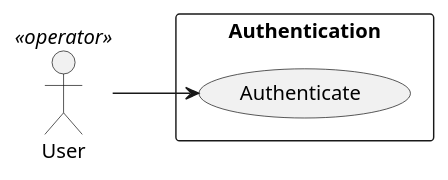
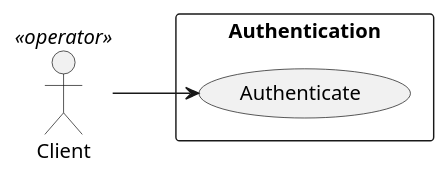
One commit to Xwyk/BileMo changed the diagram in diagrams/UseCases/UseCase_Authentication.puml. Above: the diagram before and after it, drawn with PlantUML. The commit also changed 13 other files, not shown here.

```diff
--- a/diagrams/UseCases/UseCase_Authentication.puml
+++ b/diagrams/UseCases/UseCase_Authentication.puml
@@ -1,14 +1,14 @@
 @startuml
 
 left to right direction
 
 
-User    <<operator>> as user
+Client    <<operator>> as client
 
 rectangle "Authentication" {
   (Authenticate) as auth
 }
 
-user --> auth
+client --> auth
 
 @enduml
```
